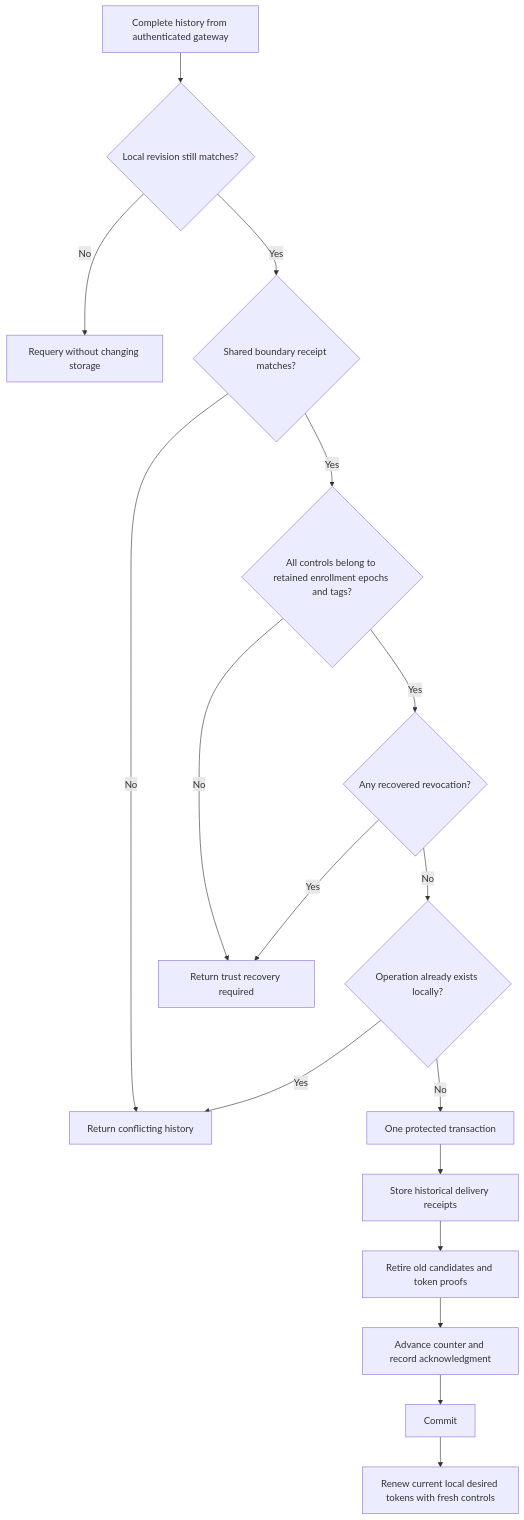
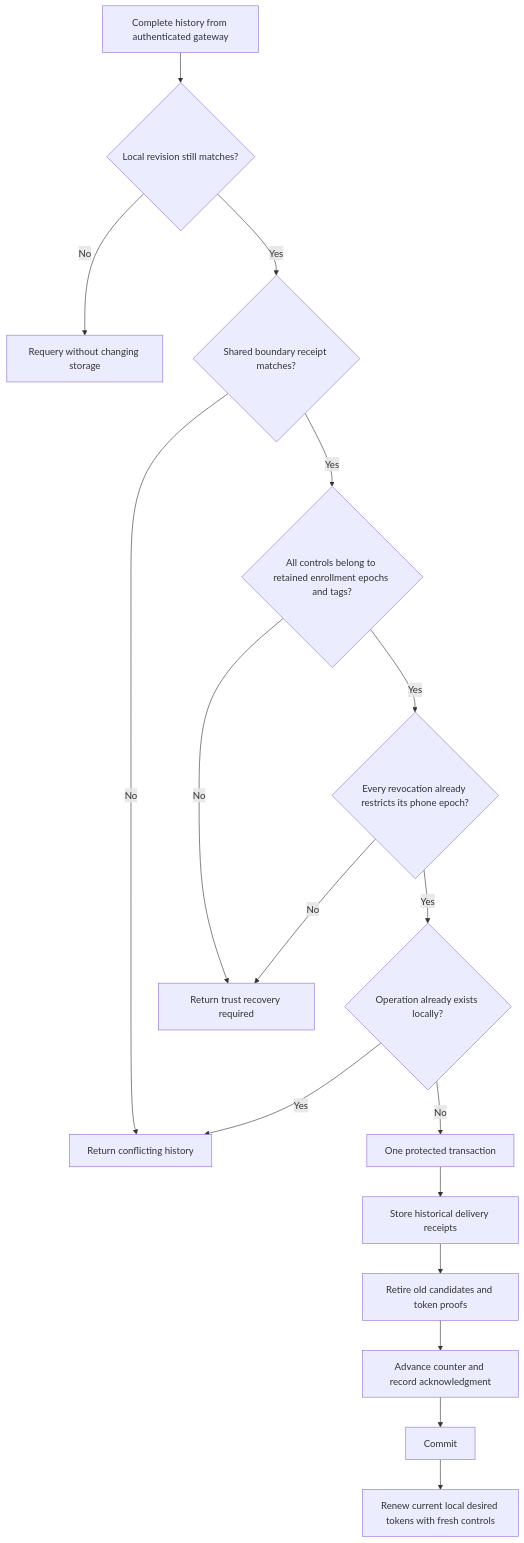
The diagram in macos/core/gateway-history-recovery.md (rock3r/remozio), drawn with Mermaid before and after one commit. The commit also changed other lines of this file and 4 other files, not shown here.

````diff
--- a/macos/core/gateway-history-recovery.md
+++ b/macos/core/gateway-history-recovery.md
@@ -6,19 +6,19 @@
 ```mermaid
 flowchart TD
     H[Complete history from authenticated gateway] --> C{Local revision still matches?}
     C -->|No| Q[Requery without changing storage]
     C -->|Yes| B{Shared boundary receipt matches?}
     B -->|No| X[Return conflicting history]
     B -->|Yes| E{All controls belong to retained enrollment epochs and tags?}
     E -->|No| R[Return trust recovery required]
-    E -->|Yes| V{Any recovered revocation?}
-    V -->|Yes| R
-    V -->|No| O{Operation already exists locally?}
+    E -->|Yes| V{Every revocation already restricts its phone epoch?}
+    V -->|No| R
+    V -->|Yes| O{Operation already exists locally?}
     O -->|Yes| X
     O -->|No| T[One protected transaction]
     T --> S[Store historical delivery receipts]
     S --> I[Retire old candidates and token proofs]
     I --> A[Advance counter and record acknowledgment]
     A --> D[Commit]
     D --> N[Renew current local desired tokens with fresh controls]
 ```
````
